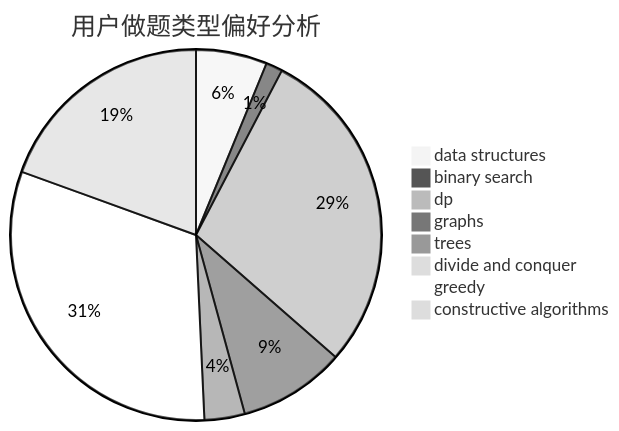
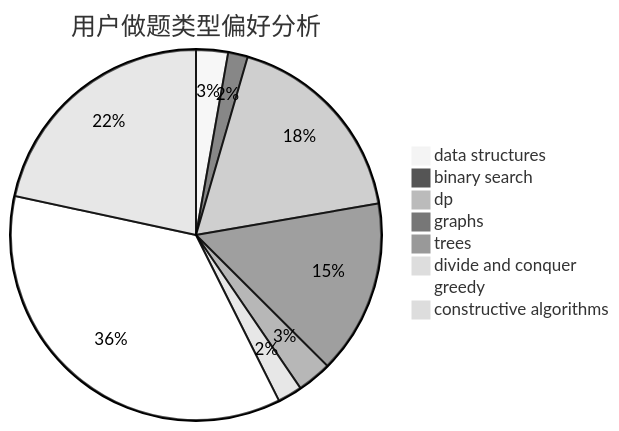
One commit to sherpahu/cfrs.github.io changed the second of 3 diagrams in docs/user/u1808.md. Above: the diagram before and after it, drawn with Mermaid (neutral theme). The commit also changed other lines of this file and 2770 other files, not shown here.

````diff
--- a/docs/user/u1808.md
+++ b/docs/user/u1808.md
@@ -23,11 +23,11 @@
 ```mermaid
 pie title 用户做题类型偏好分析
-    "data structures" :  30
-    "binary search" :  7
-    "dp" :  139
-    "graphs" :  45
-    "trees" :  17
-    "divide and conquer" :  0
-    "greedy" :  151
-    "constructive algorithms" :  94
+    "data structures" :  13
+    "binary search" :  8
+    "dp" :  83
+    "graphs" :  71
+    "trees" :  14
+    "divide and conquer" :  10
+    "greedy" :  167
+    "constructive algorithms" :  101
 ```
````
